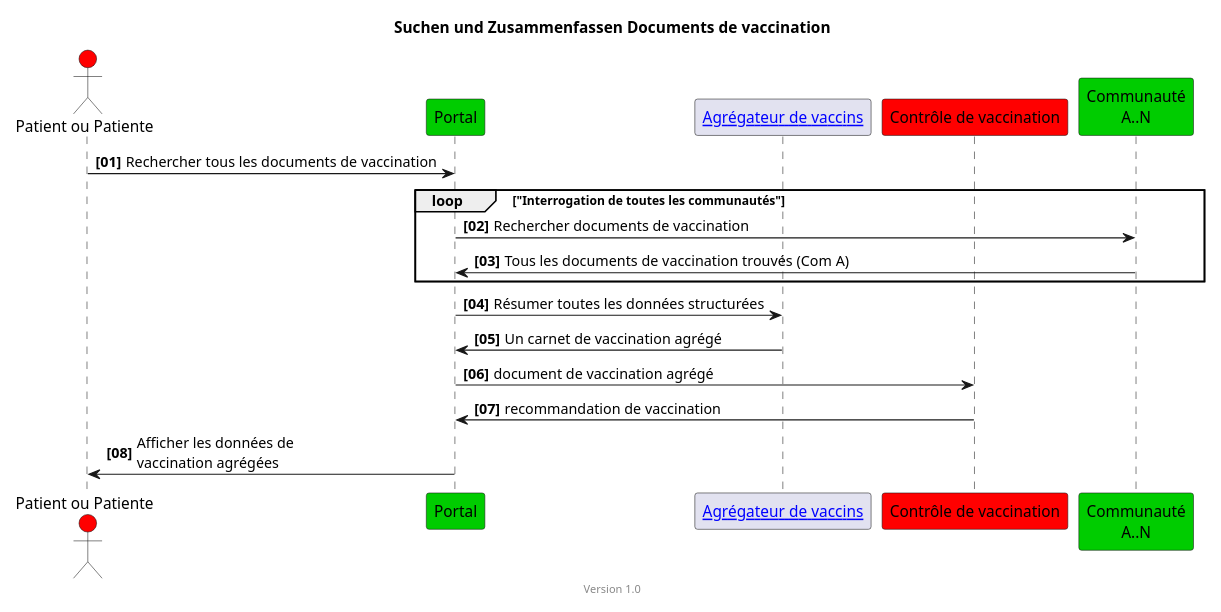
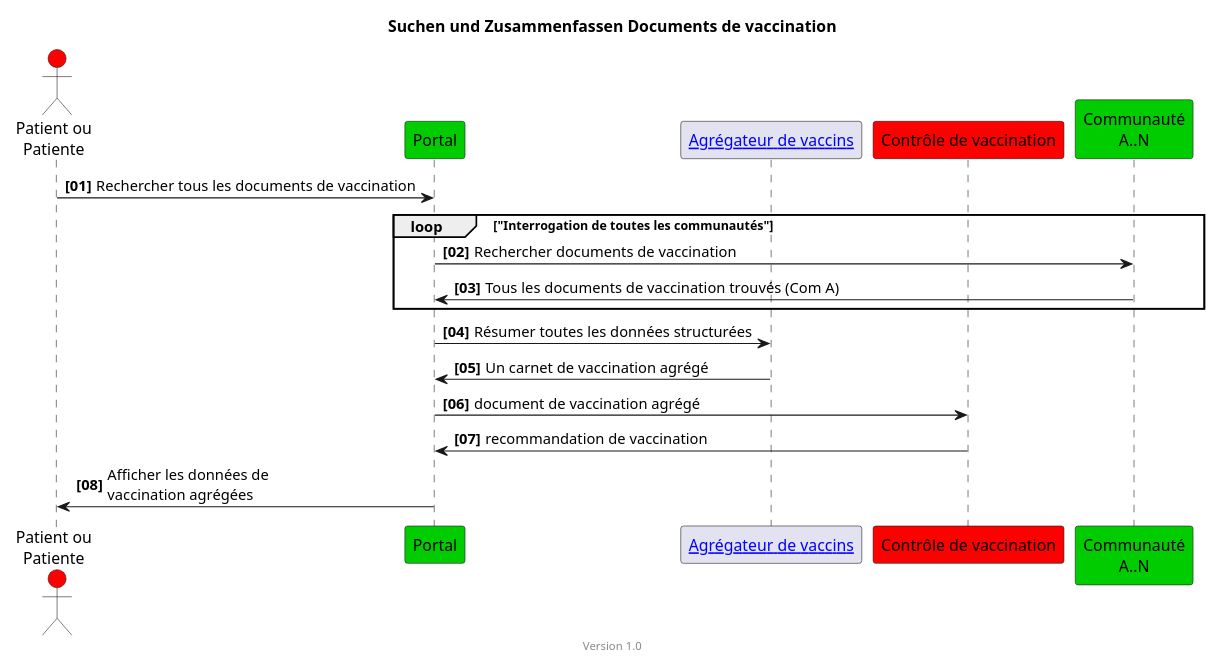
One commit to hl7ch/ch-vacd changed the diagram in input/images-source/epd-impfcheck-vaccination-docs-simple-patient-fr.plantuml. Above: the diagram before and after it, drawn with PlantUML. The commit also changed 2 other files, not shown here.

```diff
--- a/input/images-source/epd-impfcheck-vaccination-docs-simple-patient-fr.plantuml
+++ b/input/images-source/epd-impfcheck-vaccination-docs-simple-patient-fr.plantuml
@@ -1,27 +1,27 @@
 @startuml
 title Suchen und Zusammenfassen Documents de vaccination
 footer Version 1.0
 skinparam responseMessageBelowArrow true
 scale max 800 width
 
-actor "Patient ou Patiente" as pat #red
+actor "Patient ou\nPatiente" as pat #red
 participant "Portal" #00CC00
 participant "[[aggregator.html Agrégateur de vaccins]]" as aggr
 participant "Contrôle de vaccination" #red
 
 participant "Communauté\nA..N" #00CC00
 
 autonumber "<b>[00]"
 pat -> "Portal": Rechercher tous les documents de vaccination
 loop "Interrogation de toutes les communautés"
 "Portal" -> "Communauté\nA..N": Rechercher documents de vaccination
 "Communauté\nA..N" -> "Portal": Tous les documents de vaccination trouvés (Com A)
 end
 "Portal" -> aggr: Résumer toutes les données structurées
 aggr ->  "Portal": Un carnet de vaccination agrégé
 ' "Portal" -> "Portal": pseudonymiser
 "Portal" ->  "Contrôle de vaccination": document de vaccination agrégé
 "Contrôle de vaccination" -> "Portal": recommandation de vaccination
 "Portal" -> pat: Afficher les données de\nvaccination agrégées
 
 @enduml
```
